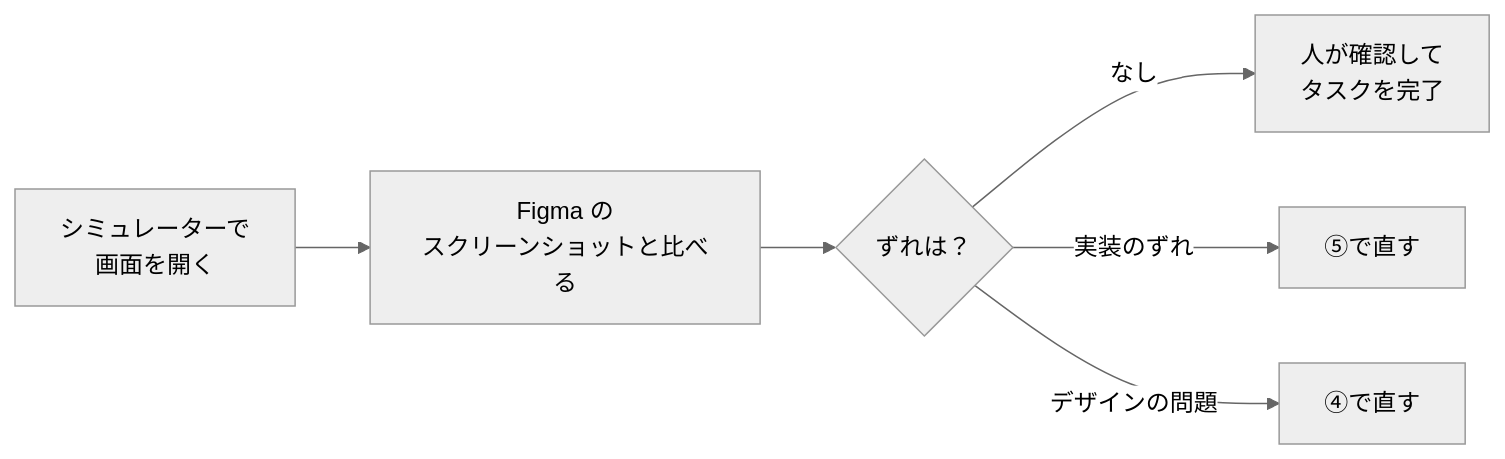
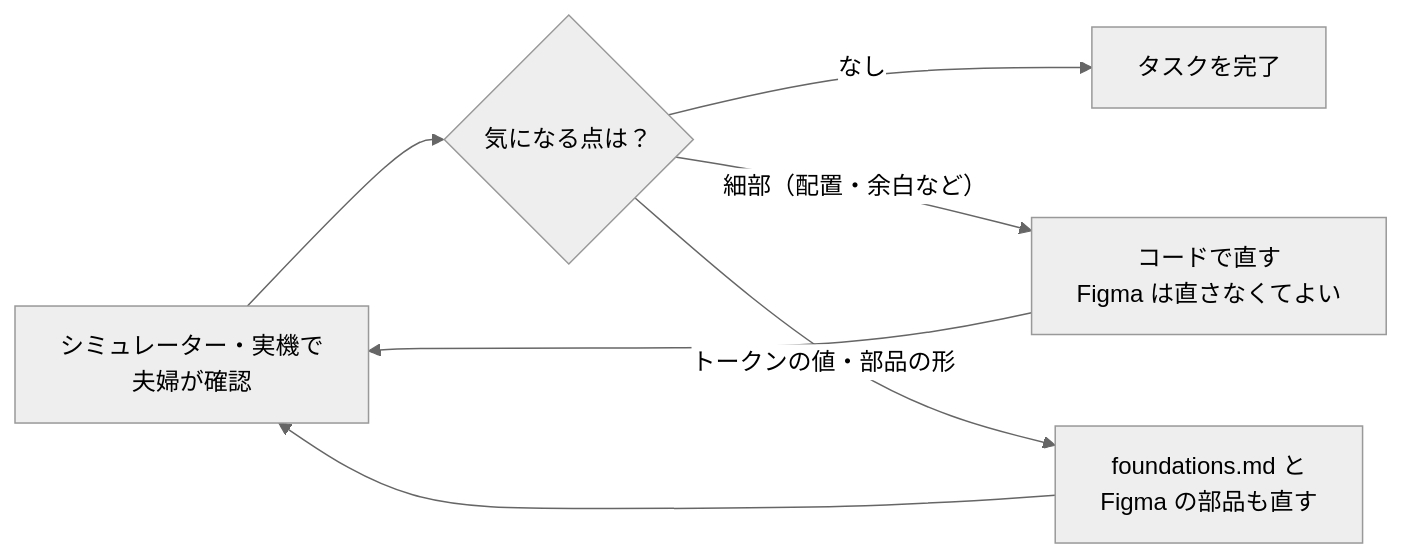
Before and after one commit to ch00z00/uchinokusa: the sixth of 7 diagrams in docs/design/design-to-implementation.md, drawn with Mermaid (neutral theme). The commit also changed other lines of this file and 6 other files, not shown here.

````diff
--- a/docs/design/design-to-implementation.md
+++ b/docs/design/design-to-implementation.md
@@ -230,8 +218,9 @@
 ```mermaid
 flowchart LR
-    A["シミュレーターで<br/>画面を開く"] --> B["Figma の<br/>スクリーンショットと比べる"]
-    B --> C{"ずれは？"}
-    C -->|"なし"| D["人が確認して<br/>タスクを完了"]
-    C -->|"実装のずれ"| E["⑤で直す"]
-    C -->|"デザインの問題"| F["④で直す"]
+    A["シミュレーター・実機で<br/>夫婦が確認"] --> B{"気になる点は？"}
+    B -->|"なし"| D["タスクを完了"]
+    B -->|"細部（配置・余白など）"| E["コードで直す<br/>Figma は直さなくてよい"]
+    B -->|"トークンの値・部品の形"| F["foundations.md と<br/>Figma の部品も直す"]
+    E --> A
+    F --> A
 ```
````
